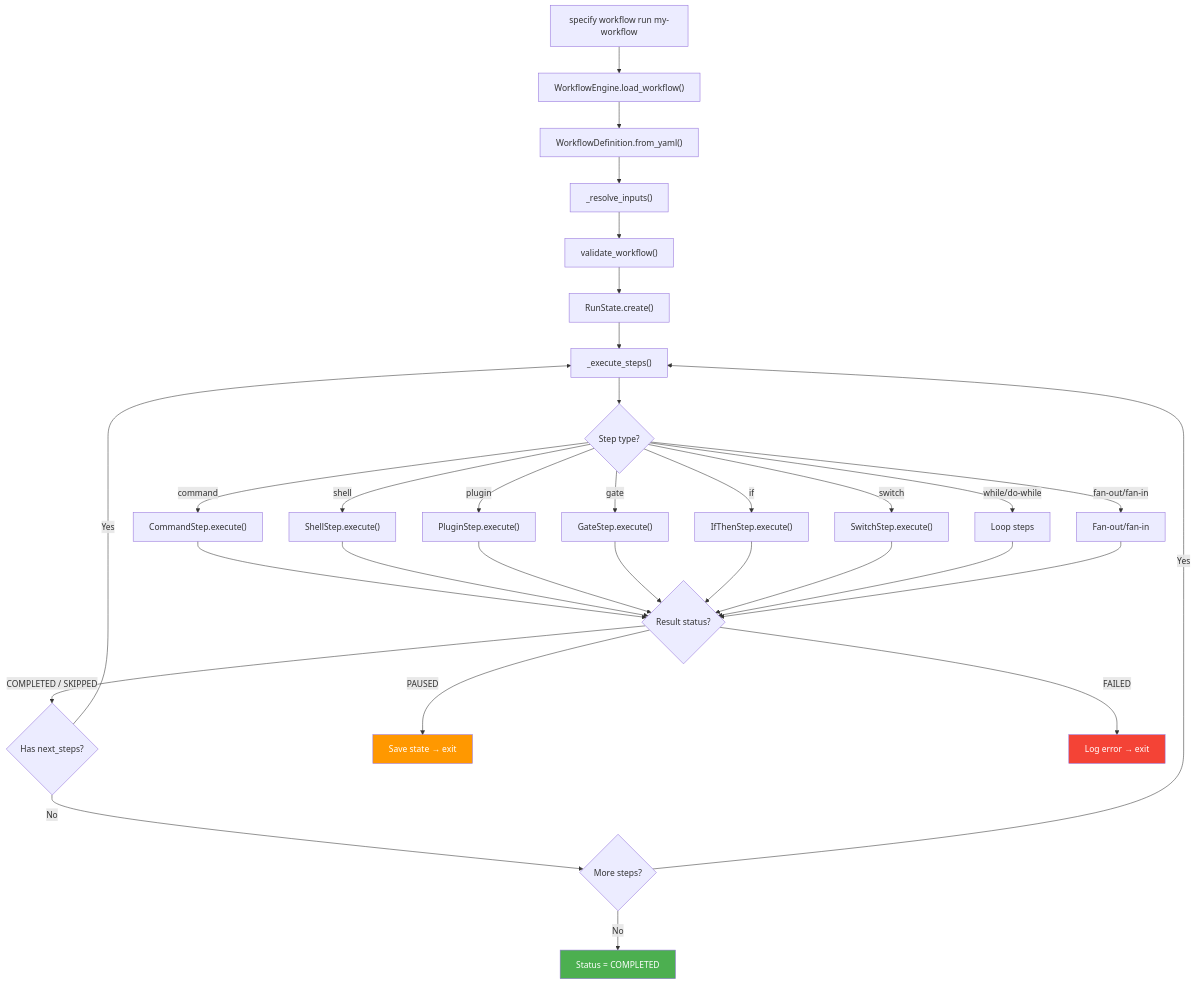
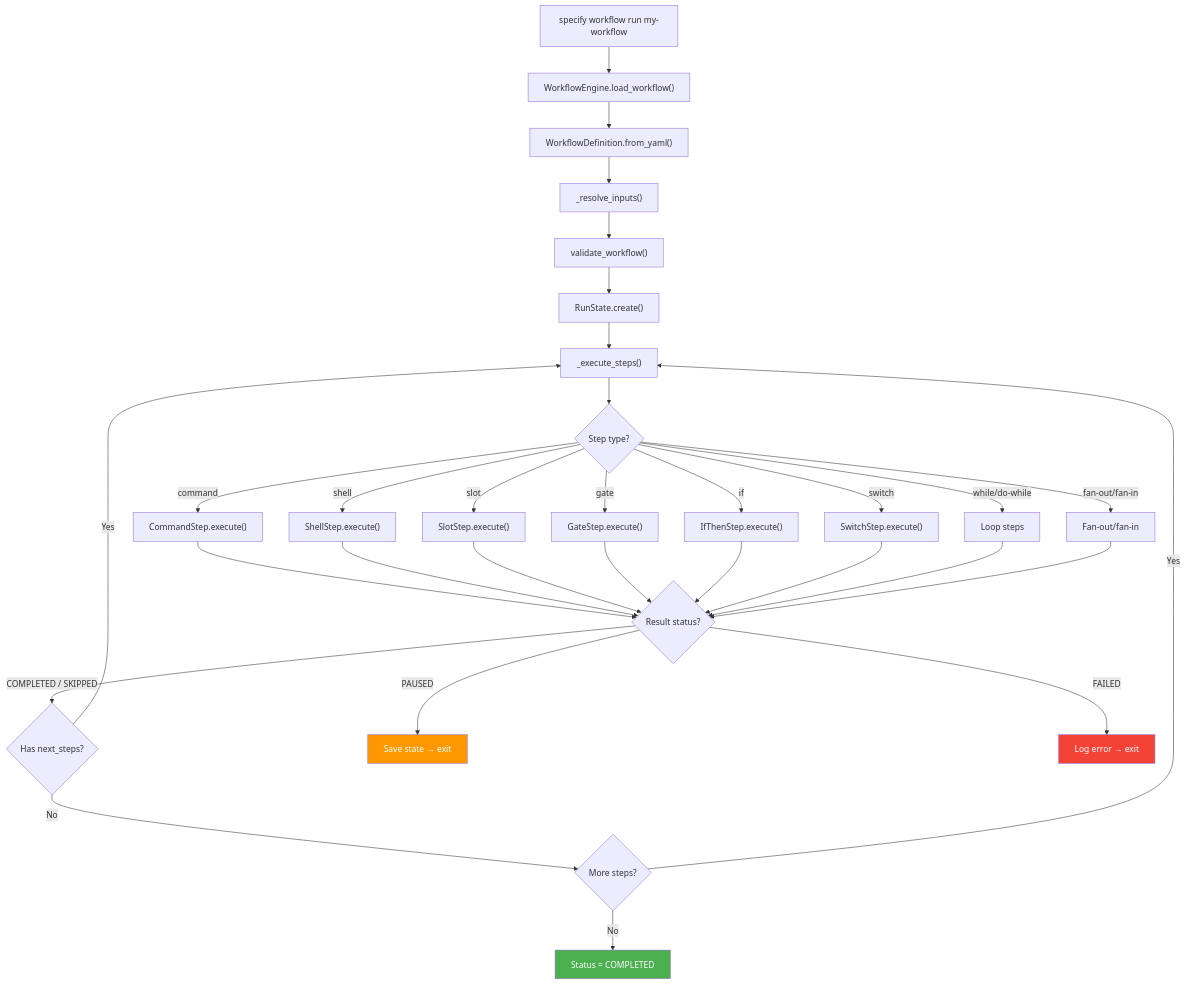
One commit to github/spec-kit changed the first of 3 diagrams in workflows/ARCHITECTURE.md. Above: the diagram before and after it, drawn with Mermaid. The commit also changed other lines of this file and 9 other files, not shown here.

````diff
--- a/workflows/ARCHITECTURE.md
+++ b/workflows/ARCHITECTURE.md
@@ -11,38 +11,38 @@
 ```mermaid
 flowchart TD
     A["specify workflow run my-workflow"] --> B["WorkflowEngine.load_workflow()"]
     B --> C["WorkflowDefinition.from_yaml()"]
     C --> D["_resolve_inputs()"]
     D --> E["validate_workflow()"]
     E --> F["RunState.create()"]
     F --> G["_execute_steps()"]
     G --> H{Step type?}
     H -- command --> I["CommandStep.execute()"]
     H -- shell --> J["ShellStep.execute()"]
-    H -- plugin --> V["PluginStep.execute()"]
+    H -- slot --> V["SlotStep.execute()"]
     H -- gate --> K["GateStep.execute()"]
     H -- "if" --> L["IfThenStep.execute()"]
     H -- switch --> M["SwitchStep.execute()"]
     H -- "while/do-while" --> N["Loop steps"]
     H -- "fan-out/fan-in" --> O["Fan-out/fan-in"]
 
     I --> P{Result status?}
     J --> P
     V --> P
     K --> P
     L --> P
     M --> P
     N --> P
     O --> P
     P -- "COMPLETED / SKIPPED" --> Q{Has next_steps?}
     P -- PAUSED --> R["Save state → exit"]
     P -- FAILED --> S["Log error → exit"]
     Q -- Yes --> G
     Q -- No --> T{More steps?}
     T -- Yes --> G
     T -- No --> U["Status = COMPLETED"]
 
     style R fill:#ff9800,color:#fff
     style S fill:#f44336,color:#fff
     style U fill:#4caf50,color:#fff
 ```
````
